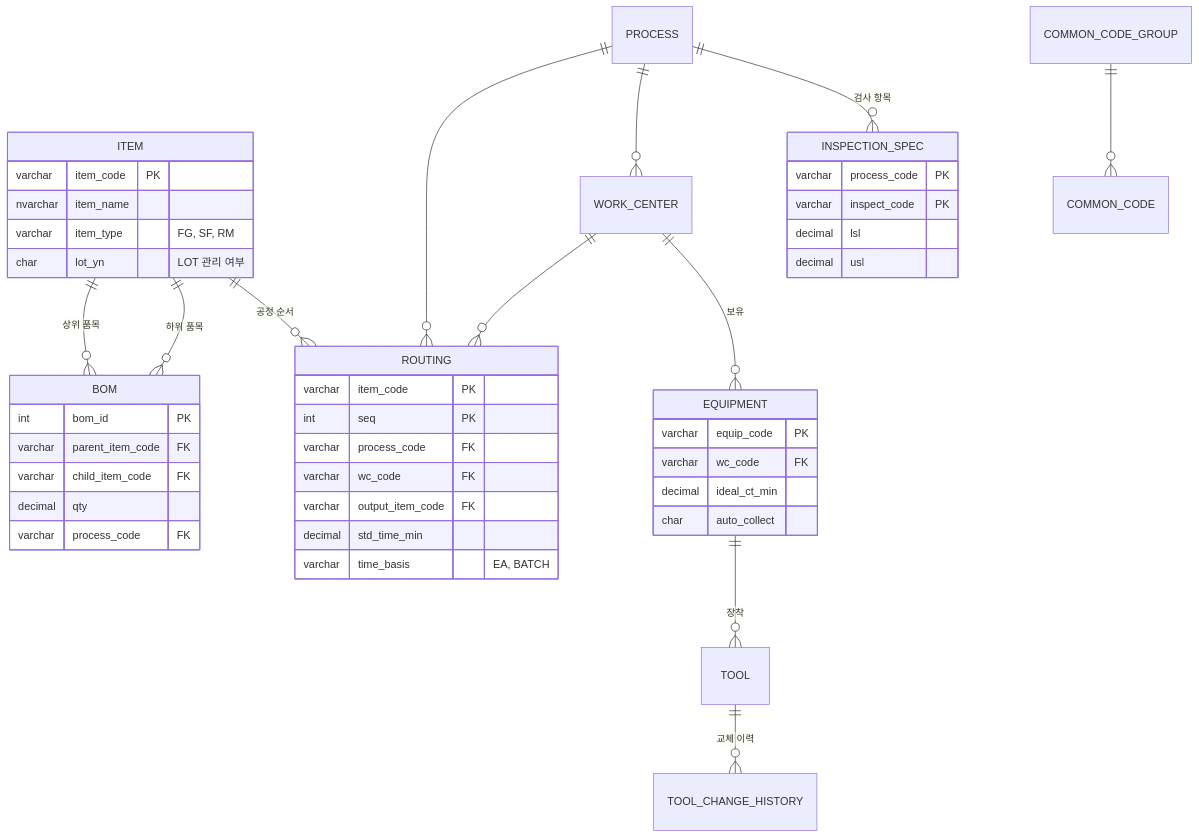
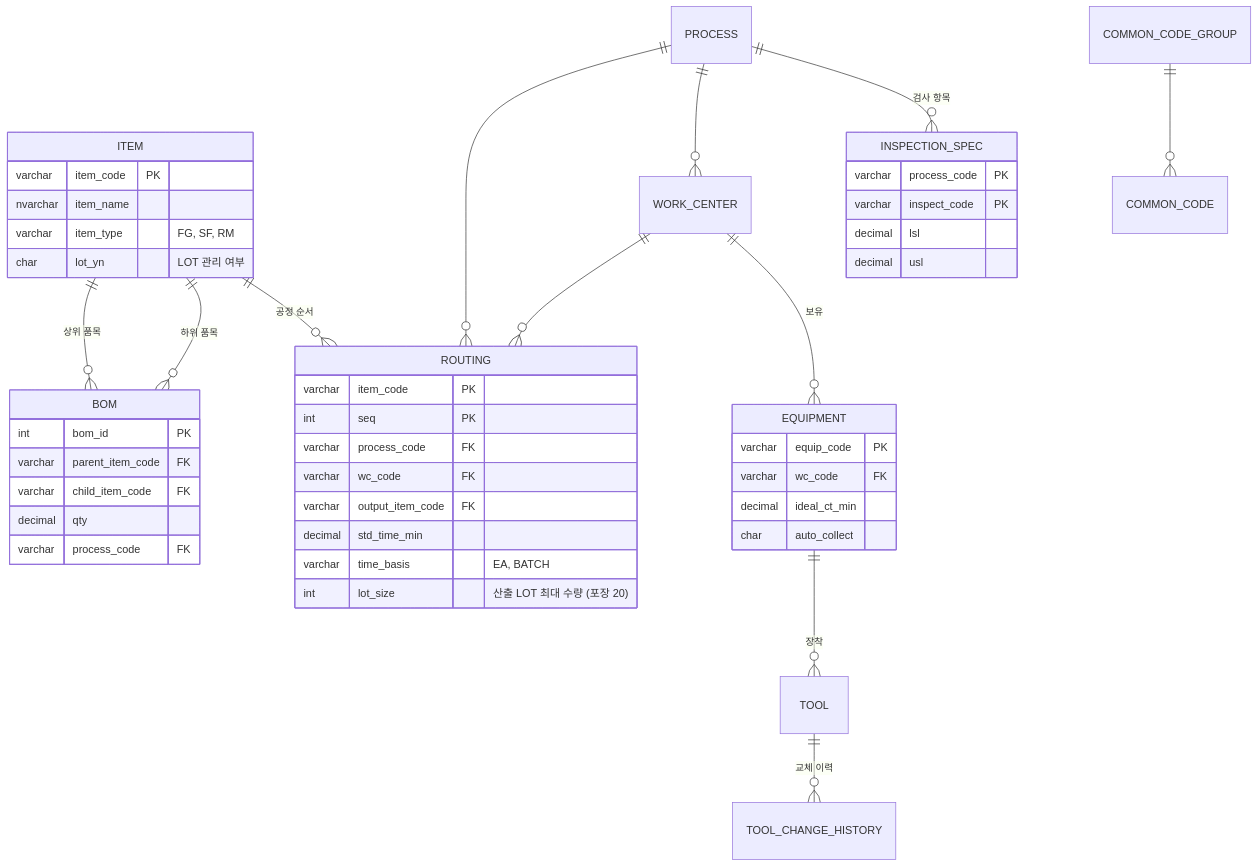
The first of 3 diagrams in docs/erd.md (Minhong0/mes), drawn with Mermaid before and after one commit. The commit also changed 78 other files, not shown here.

Commit message:
포장 분할: 라우팅 산출 LOT 크기(lot_size, OP-70=20), 실적 하나에서 트레이 LOT 여러 개 생성, 투입 LOT을 순서대로 채우는 계보, outputLotNos, 코드 주석 정리

````diff
--- a/docs/erd.md
+++ b/docs/erd.md
@@ -8,49 +8,50 @@
 ```mermaid
 erDiagram
     ITEM ||--o{ BOM : "상위 품목"
     ITEM ||--o{ BOM : "하위 품목"
     ITEM ||--o{ ROUTING : "공정 순서"
     PROCESS ||--o{ ROUTING : ""
     WORK_CENTER ||--o{ ROUTING : ""
     PROCESS ||--o{ WORK_CENTER : ""
     WORK_CENTER ||--o{ EQUIPMENT : "보유"
     PROCESS ||--o{ INSPECTION_SPEC : "검사 항목"
     EQUIPMENT ||--o{ TOOL : "장착"
     TOOL ||--o{ TOOL_CHANGE_HISTORY : "교체 이력"
     COMMON_CODE_GROUP ||--o{ COMMON_CODE : ""
 
     ITEM {
         varchar item_code PK
         nvarchar item_name
         varchar item_type "FG, SF, RM"
         char lot_yn "LOT 관리 여부"
     }
     BOM {
         int bom_id PK
         varchar parent_item_code FK
         varchar child_item_code FK
         decimal qty
         varchar process_code FK
     }
     ROUTING {
         varchar item_code PK
         int seq PK
         varchar process_code FK
         varchar wc_code FK
         varchar output_item_code FK
         decimal std_time_min
         varchar time_basis "EA, BATCH"
+        int lot_size "산출 LOT 최대 수량 (포장 20)"
     }
     EQUIPMENT {
         varchar equip_code PK
         varchar wc_code FK
         decimal ideal_ct_min
         char auto_collect
     }
     INSPECTION_SPEC {
         varchar process_code PK
         varchar inspect_code PK
         decimal lsl
         decimal usl
     }
 ```
````
